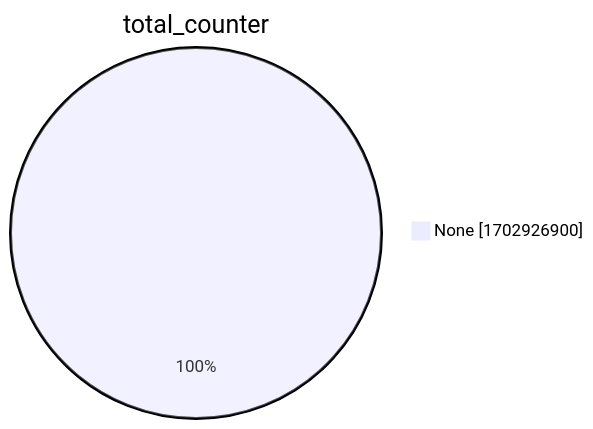
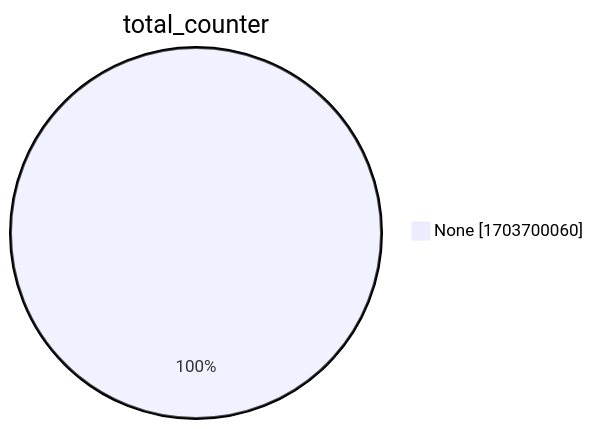
One commit to christiankrug/ctmonitor_visualization changed the second of 15 diagrams in xenon2022/README.md. Above: the diagram before and after it, drawn with Mermaid. The commit also changed other lines of this file, not shown here.

````diff
--- a/xenon2022/README.md
+++ b/xenon2022/README.md
@@ -9,5 +9,5 @@
 ```mermaid
 pie showData
 title total_counter
-"None" :1702926900
+"None" :1703700060
 ```
````
